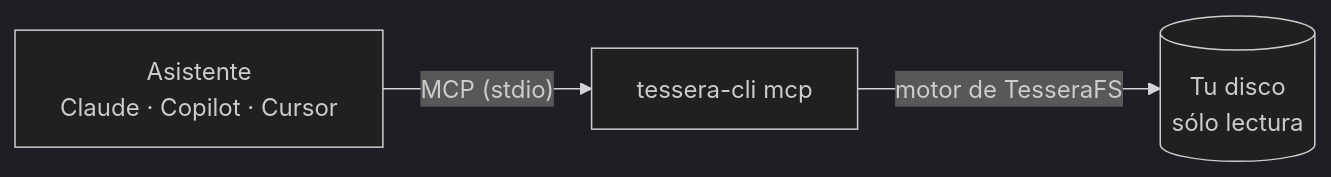
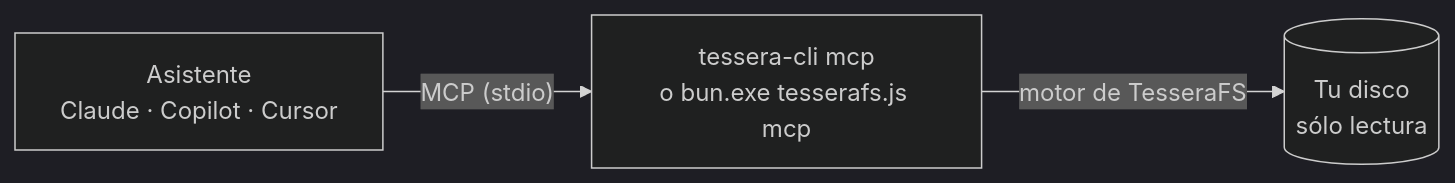
The diagram in docs/usuario/mcp.md (hernansp08-hub/TesseraFS), drawn with Mermaid (dark theme) before and after one commit. The commit also changed other lines of this file and 10 other files, not shown here.

````diff
--- a/docs/usuario/mcp.md
+++ b/docs/usuario/mcp.md
@@ -5,5 +7,5 @@
 ```mermaid
 flowchart LR
-    A["Asistente<br/>Claude · Copilot · Cursor"] -->|"MCP (stdio)"| M["tessera-cli mcp"]
+    A["Asistente<br/>Claude · Copilot · Cursor"] -->|"MCP (stdio)"| M["tessera-cli mcp<br/>o bun.exe tesserafs.js mcp"]
     M -->|motor de TesseraFS| D[("Tu disco<br/>sólo lectura")]
 ```
````
